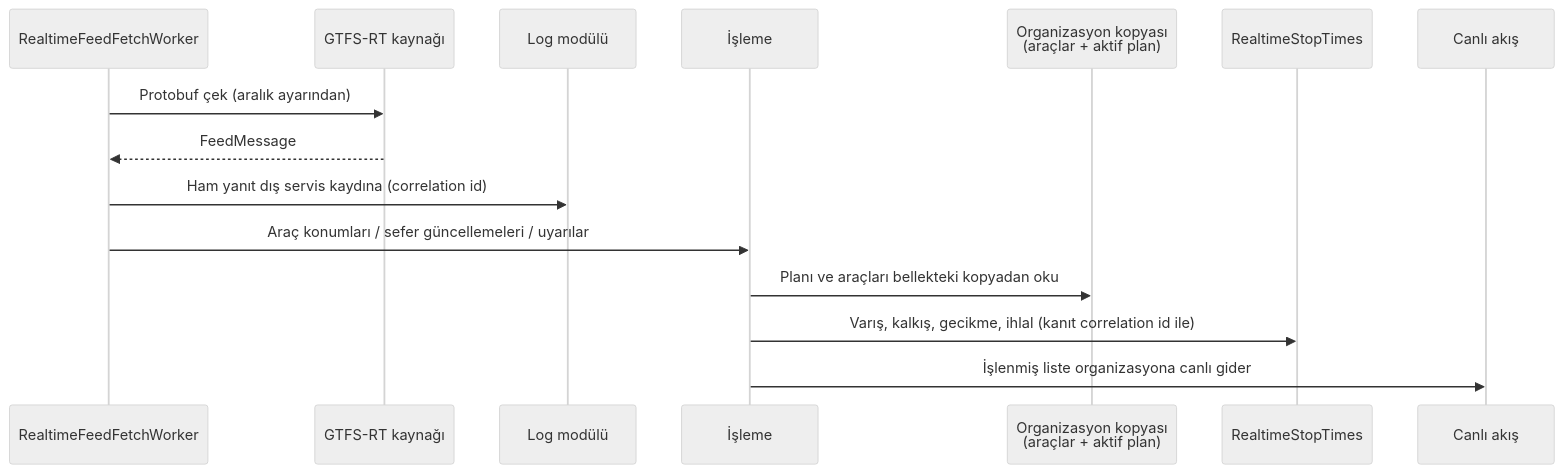
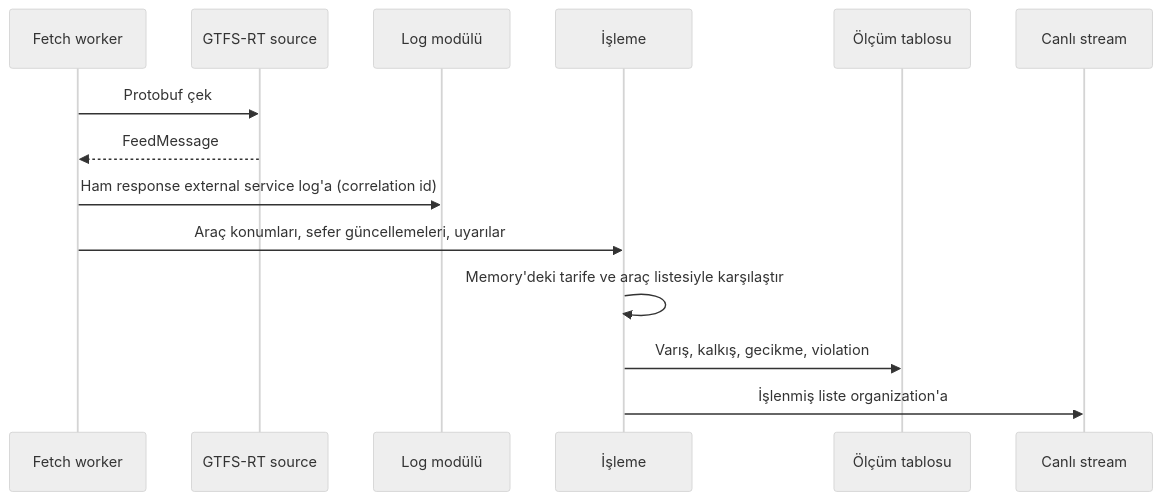
Before and after one commit to mertbyd/byd-gtfs-realtime-management-api: the second of 3 diagrams in README.md, drawn with Mermaid (neutral theme). The commit also changed other lines of this file, not shown here.

````diff
--- a/README.md
+++ b/README.md
@@ -56,17 +33,16 @@
 ```mermaid
 sequenceDiagram
-    participant W as RealtimeFeedFetchWorker
-    participant SRC as GTFS-RT kaynağı
+    participant W as Fetch worker
+    participant SRC as GTFS-RT source
     participant LOG as Log modülü
     participant P as İşleme
-    participant S as Organizasyon kopyası<br/>(araçlar + aktif plan)
-    participant DB as RealtimeStopTimes
-    participant HUB as Canlı akış
-    W->>SRC: Protobuf çek (aralık ayarından)
+    participant DB as Ölçüm tablosu
+    participant HUB as Canlı stream
+    W->>SRC: Protobuf çek
     SRC-->>W: FeedMessage
-    W->>LOG: Ham yanıt dış servis kaydına (correlation id)
-    W->>P: Araç konumları / sefer güncellemeleri / uyarılar
-    P->>S: Planı ve araçları bellekteki kopyadan oku
-    P->>DB: Varış, kalkış, gecikme, ihlal (kanıt correlation id ile)
-    P->>HUB: İşlenmiş liste organizasyona canlı gider
+    W->>LOG: Ham response external service log'a (correlation id)
+    W->>P: Araç konumları, sefer güncellemeleri, uyarılar
+    P->>P: Memory'deki tarife ve araç listesiyle karşılaştır
+    P->>DB: Varış, kalkış, gecikme, violation
+    P->>HUB: İşlenmiş liste organization'a
 ```
````
